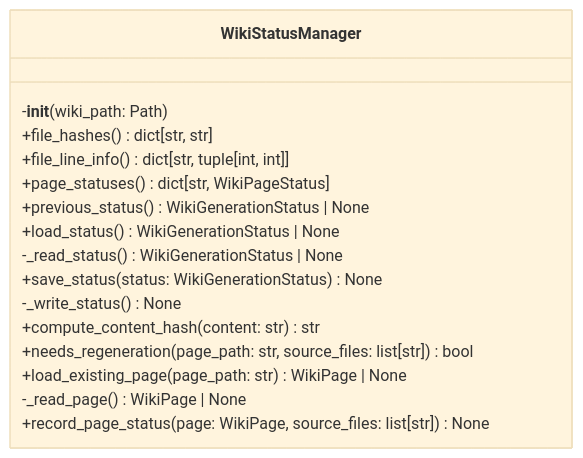
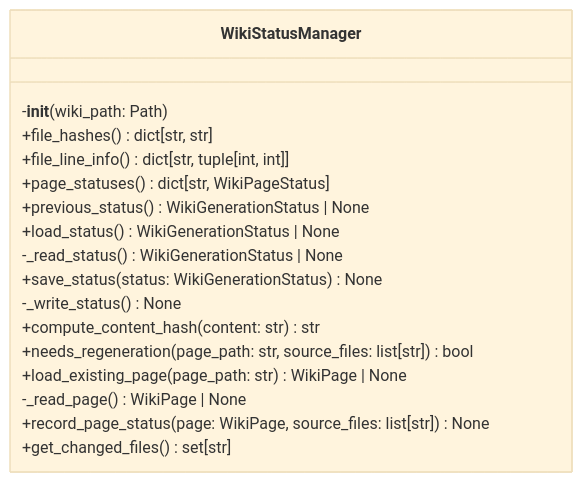
One commit to UrbanDiver/local-deepwiki-mcp changed the first of 2 diagrams in .deepwiki/files/src/local_deepwiki/generators/wiki_status.md. Above: the diagram before and after it, drawn with Mermaid (base theme). The commit also changed other lines of this file and 65 other files, not shown here.

````diff
--- a/.deepwiki/files/src/local_deepwiki/generators/wiki_status.md
+++ b/.deepwiki/files/src/local_deepwiki/generators/wiki_status.md
@@ -525,19 +739,20 @@
 ```mermaid
 classDiagram
     class WikiStatusManager {
         -__init__(wiki_path: Path)
         +file_hashes() dict[str, str]
         +file_line_info() dict[str, tuple[int, int]]
         +page_statuses() dict[str, WikiPageStatus]
         +previous_status() WikiGenerationStatus | None
         +load_status() WikiGenerationStatus | None
         -_read_status() WikiGenerationStatus | None
         +save_status(status: WikiGenerationStatus) None
         -_write_status() None
         +compute_content_hash(content: str) str
         +needs_regeneration(page_path: str, source_files: list[str]) bool
         +load_existing_page(page_path: str) WikiPage | None
         -_read_page() WikiPage | None
         +record_page_status(page: WikiPage, source_files: list[str]) None
+        +get_changed_files() set[str]
     }
 ```
````
